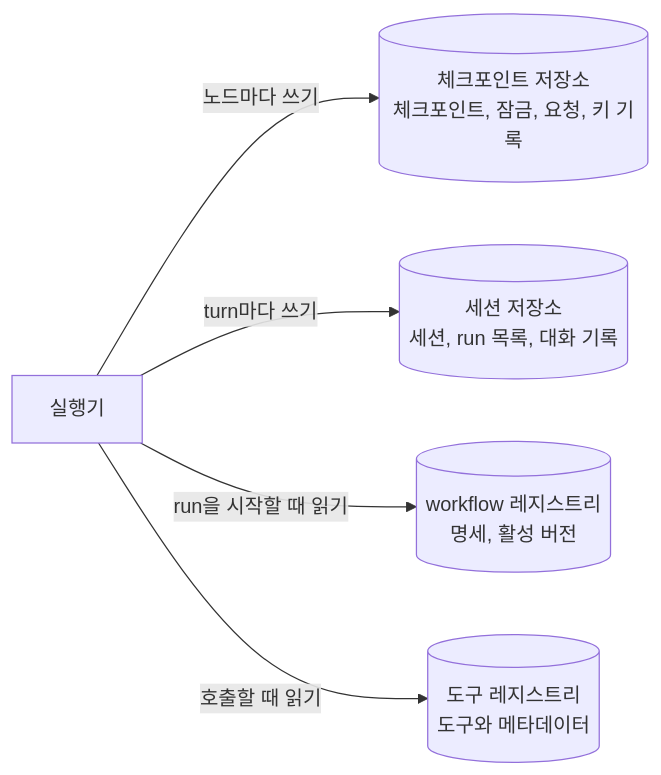
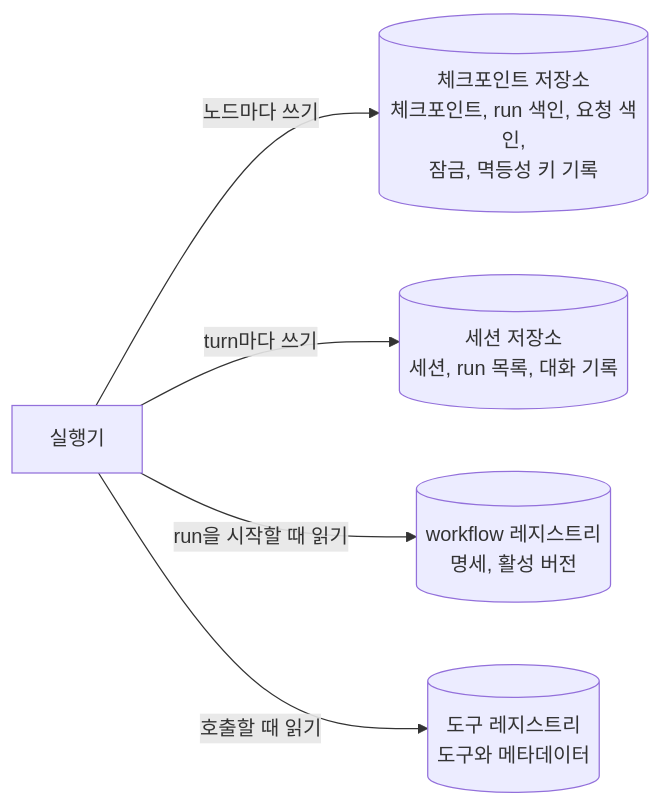
Before and after one commit to iwindfree/ai-agent-framework-architecture: diagram 25 of 28 in 00.architecture.md, drawn with Mermaid. The commit also changed other lines of this file, not shown here.

````diff
--- a/00.architecture.md
+++ b/00.architecture.md
@@ -2105,7 +2105,7 @@
 ```mermaid
 flowchart LR
-    X[실행기] -->|노드마다 쓰기| C[(체크포인트 저장소<br/>체크포인트, 잠금, 요청, 키 기록)]
+    X[실행기] -->|노드마다 쓰기| C[(체크포인트 저장소<br/>체크포인트, run 색인, 요청 색인,<br/>잠금, 멱등성 키 기록)]
     X -->|turn마다 쓰기| S[(세션 저장소<br/>세션, run 목록, 대화 기록)]
     X -->|run을 시작할 때 읽기| W[(workflow 레지스트리<br/>명세, 활성 버전)]
     X -->|호출할 때 읽기| T[(도구 레지스트리<br/>도구와 메타데이터)]
 ```
````
